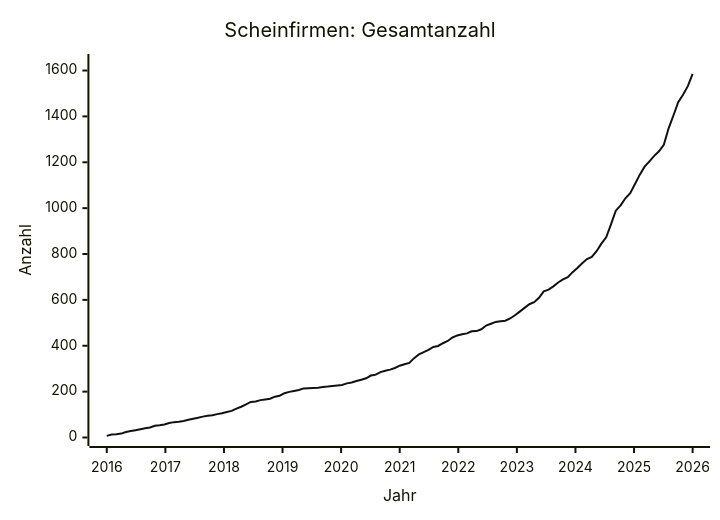
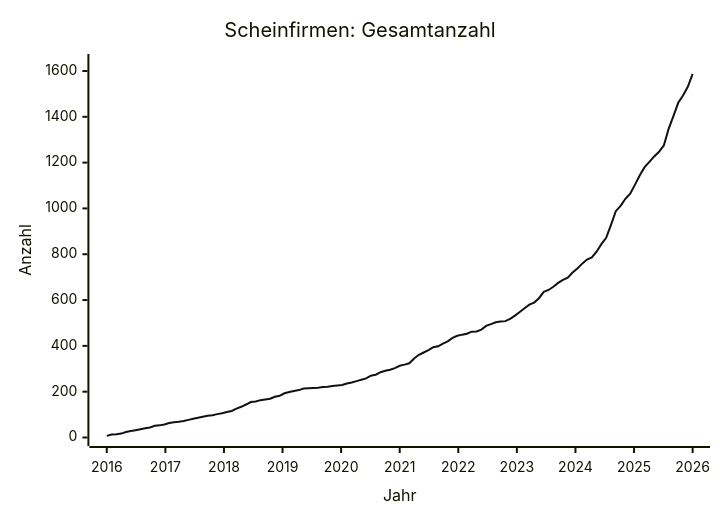
Before and after one commit to arjoma/scheinfirmen-at: the diagram in data/STATS.md, drawn with Mermaid. The commit also changed other lines of this file and 3 other files, not shown here.

````diff
--- a/data/STATS.md
+++ b/data/STATS.md
@@ -9,13 +9,13 @@
 ```mermaid
 ---
 config:
   themeVariables:
     xyChart:
       plotColorPalette: "#111111"
 ---
 xychart-beta
     title "Scheinfirmen: Gesamtanzahl"
     x-axis "Jahr" 2016 --> 2026
-    y-axis "Anzahl" 0 --> 1635
-    line [7, 13, 14, 17, 24, 28, 32, 36, 40, 44, 51, 53, 57, 63, 67, 69, 72, 77, 82, 86, 91, 95, 97, 102, 106, 111, 116, 126, 134, 144, 155, 157, 163, 166, 169, 178, 182, 193, 199, 203, 207, 214, 215, 216, 217, 220, 222, 225, 227, 229, 236, 240, 246, 252, 258, 270, 274, 285, 291, 296, 303, 313, 319, 325, 346, 362, 372, 382, 395, 399, 411, 421, 436, 445, 450, 454, 463, 464, 472, 488, 496, 504, 507, 509, 519, 533, 549, 565, 581, 590, 609, 637, 645, 659, 676, 689, 699, 721, 739, 760, 778, 787, 812, 845, 873, 929, 989, 1012, 1043, 1065, 1105, 1146, 1181, 1204, 1228, 1248, 1276, 1348, 1404, 1462, 1494, 1532, 1585]
+    y-axis "Anzahl" 0 --> 1637
+    line [7, 13, 14, 17, 24, 28, 32, 36, 40, 44, 51, 53, 57, 63, 67, 69, 72, 77, 82, 86, 91, 95, 97, 102, 106, 111, 116, 126, 134, 144, 155, 157, 163, 166, 169, 178, 182, 193, 199, 203, 207, 214, 215, 216, 217, 220, 222, 225, 227, 229, 236, 240, 246, 252, 258, 270, 274, 285, 291, 296, 303, 313, 318, 324, 345, 361, 371, 381, 394, 398, 410, 420, 435, 444, 449, 453, 462, 463, 471, 487, 495, 503, 506, 508, 518, 532, 548, 564, 580, 589, 608, 636, 644, 658, 675, 688, 698, 720, 738, 759, 777, 786, 811, 844, 872, 928, 988, 1011, 1042, 1064, 1104, 1145, 1180, 1203, 1227, 1247, 1275, 1347, 1403, 1461, 1493, 1531, 1587]
 ```
````
